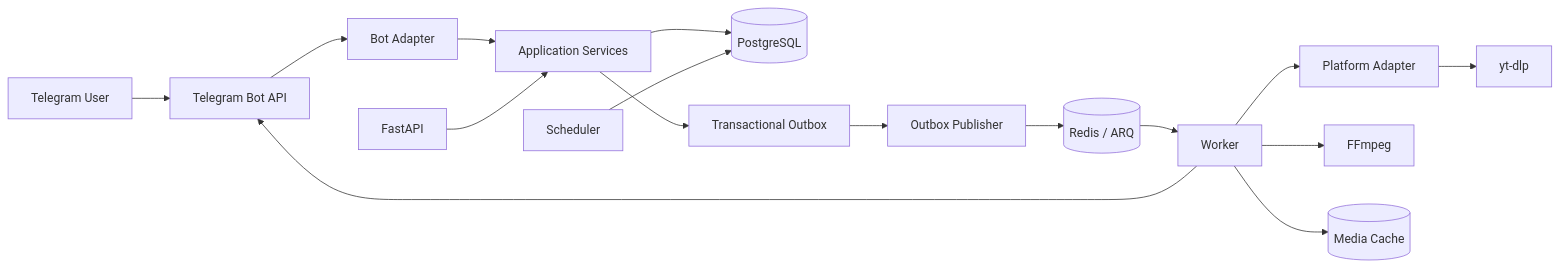
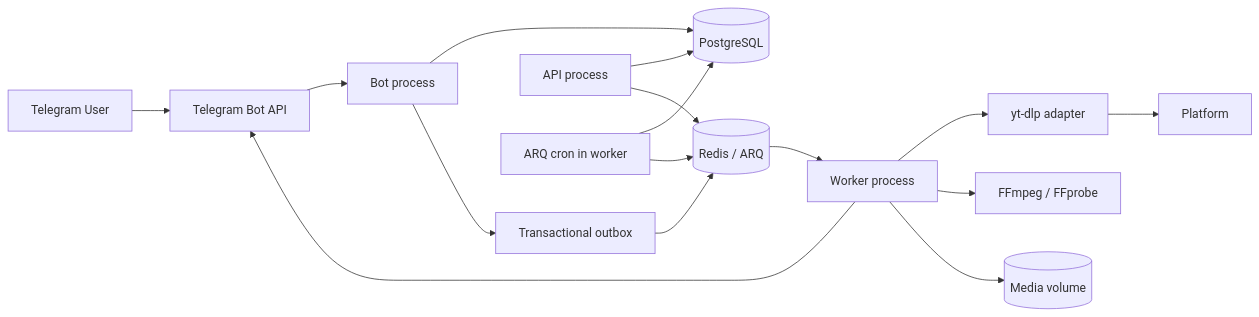
Before and after one commit to bread0xf/SocialsVideoDownloaderBot: the first of 2 diagrams in docs/architecture/system-architecture.md, drawn with Mermaid. The commit also changed other lines of this file and 16 other files, not shown here.

````diff
--- a/docs/architecture/system-architecture.md
+++ b/docs/architecture/system-architecture.md
@@ -5,18 +5,18 @@
 ```mermaid
 flowchart LR
     U[Telegram User] --> TG[Telegram Bot API]
-    TG --> B[Bot Adapter]
-    B --> APP[Application Services]
-    APP --> DB[(PostgreSQL)]
-    APP --> OB[Transactional Outbox]
-    OB --> PUB[Outbox Publisher]
-    PUB --> R[(Redis / ARQ)]
-    R --> W[Worker]
-    W --> EXT[Platform Adapter]
-    EXT --> Y[yt-dlp]
-    W --> FF[FFmpeg]
-    W --> CACHE[(Media Cache)]
+    TG --> B[Bot process]
+    B --> DB[(PostgreSQL)]
+    B --> OB[Transactional outbox]
+    OB --> R[(Redis / ARQ)]
+    R --> W[Worker process]
+    W --> EXT[yt-dlp adapter]
+    EXT --> P[Platform]
+    W --> FF[FFmpeg / FFprobe]
+    W --> CACHE[(Media volume)]
     W --> TG
-    API[FastAPI] --> APP
-    SCH[Scheduler] --> DB
+    A[API process] --> DB
+    A --> R
+    CRON[ARQ cron in worker] --> DB
+    CRON --> R
 ```
````
